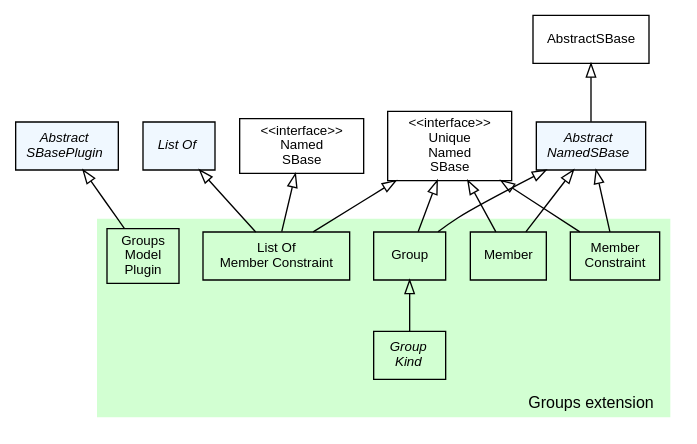
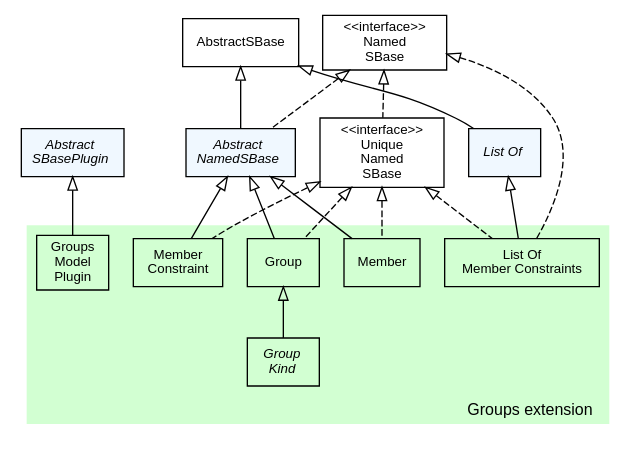
The diagram in extensions/groups/doc/img/type_hierarchy.dot (sbmlteam/jsbml), drawn with Graphviz before and after one commit. The commit also changed 9 other files, not shown here.

Commit message:
* Improved type hierarchy images of extension packages * Marked ListOfMemberConstraints and MemberConstraint in the goups package as deprecated.

```diff
--- a/extensions/groups/doc/img/type_hierarchy.dot
+++ b/extensions/groups/doc/img/type_hierarchy.dot
@@ -1,87 +1,90 @@
 #!/usr/local/bin/dot
 #
 # dot -Tpdf type_hierarchy.dot -otype_hierarchy.pdf && acroread type_hierarchy.pdf &
 # dot -Tpng type_hierarchy.dot -otype_hierarchy.png
 #
 # $Id$
 # $URL$
 # $Rev$
 /*
  * Overview of the groups extension type hierarchy
  */
 
 strict digraph G{
 
 	 nodesep=0.25;
 	 ranksep=0.5;
 
 	 edge [
 	   fontname="Helvetica",
 	   fontsize=10,
 	   labelfontname="Helvetica",
 	   labelfontsize=10
 	 ];
 	 node [
 	   fontname="Helvetica",
 	   fontsize=10,
 	   shape=box
 	 ];
 	 
 	 /*
    * Abstract data types
    */
   AbstractNamedSBase                       [label=<<font face="Helvetica-Oblique">Abstract<br/>NamedSBase</font>>, style="filled", fillcolor="#F0F8FF"];
   AbstractSBasePlugin                      [label=<<font face="Helvetica-Oblique">Abstract<br/>SBasePlugin</font>>, style="filled", fillcolor="#F0F8FF"];
   ListOf			                       [label=<<font face="Helvetica-Oblique">List Of</font>>, style="filled", fillcolor="#F0F8FF"];
   
   UniqueNamedSBase                         [label="<<interface>>\nUnique\nNamed\nSBase"];
   NamedSBase                         	   [label="<<interface>>\nNamed\nSBase"];
   
   /*********************
    * Inheritance graph *
    *********************/
   
   AbstractSBase              -> AbstractNamedSBase         [dir=back,arrowtail=empty];
   
    
   subgraph clusterGroups {
     fontname="Helvetica";
     fontsize=12;
     style="filled";
     fillcolor="#d2ffd2"
     color="#ffffff"
     label="Groups extension";
     labelloc=b;
     labeljust=r;
 
     // Interfaces
 
     // Enums
     GroupKind                   [label=<<font face="Helvetica-Oblique">Group<br/>Kind</font>>];
     
     // Objects
     Group                                  [label="Group"];
     GroupsModelPlugin                      [label="Groups\nModel\nPlugin"];
     MemberConstraint                       [label="Member\nConstraint"];
-	Member                       		   [label="Member"];
-	ListOfMemberConstraint        		   [label="List Of\nMember Constraint"];
+    Member                                 [label="Member"];
+    ListOfMemberConstraints                [label="List Of\nMember Constraints"];
 
-	Group -> GroupKind	                   [dir=back,arrowtail=empty];
+    Group -> GroupKind	                   [dir=back,arrowtail=empty];
    }
    
    /*********************
     * Inheritance graph *
     *********************/
-   
-   AbstractNamedSBase -> Group                  [dir=back,arrowtail=empty];
-   AbstractNamedSBase -> MemberConstraint       [dir=back,arrowtail=empty];
-   AbstractNamedSBase -> Member                 [dir=back,arrowtail=empty];
-   AbstractSBasePlugin -> GroupsModelPlugin     [dir=back,arrowtail=empty];
-   UniqueNamedSBase -> Group          	        [dir=back,arrowtail=empty];
-   UniqueNamedSBase -> ListOfMemberConstraint   [dir=back,arrowtail=empty];
-   NamedSBase -> ListOfMemberConstraint	        [dir=back,arrowtail=empty];
-   ListOf -> ListOfMemberConstraint		        [dir=back,arrowtail=empty];
-   UniqueNamedSBase -> Member          	        [dir=back,arrowtail=empty];
-   UniqueNamedSBase -> MemberConstraint	        [dir=back,arrowtail=empty];
+
+   AbstractSBase       -> ListOf                  [dir=back,arrowtail=empty];   
+   AbstractNamedSBase  -> Group                   [dir=back,arrowtail=empty];
+   AbstractNamedSBase  -> MemberConstraint        [dir=back,arrowtail=empty];
+   AbstractNamedSBase  -> Member                  [dir=back,arrowtail=empty];
+   AbstractSBasePlugin -> GroupsModelPlugin       [dir=back,arrowtail=empty];
+   UniqueNamedSBase    -> Group                   [dir=back,style=dashed,arrowtail=empty];
+   UniqueNamedSBase    -> ListOfMemberConstraints [dir=back,style=dashed,arrowtail=empty];
+   NamedSBase          -> AbstractNamedSBase      [dir=back,style=dashed,arrowtail=empty];
+   NamedSBase          -> ListOfMemberConstraints [dir=back,style=dashed,arrowtail=empty];
+   NamedSBase          -> UniqueNamedSBase        [dir=back,style=dashed,arrowtail=empty];
+   ListOf              -> ListOfMemberConstraints [dir=back,arrowtail=empty];
+   UniqueNamedSBase    -> Member                  [dir=back,style=dashed,arrowtail=empty];
+   UniqueNamedSBase    -> MemberConstraint        [dir=back,style=dashed,arrowtail=empty];
 
 }
```
